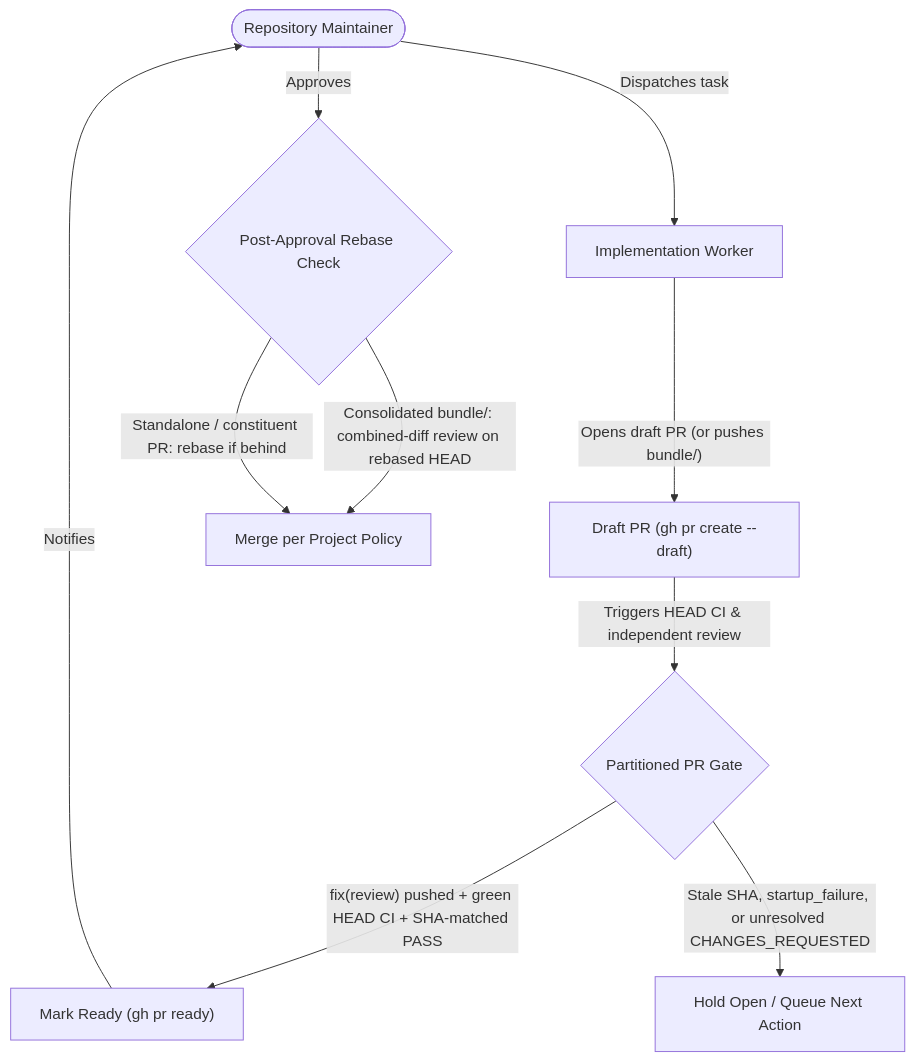
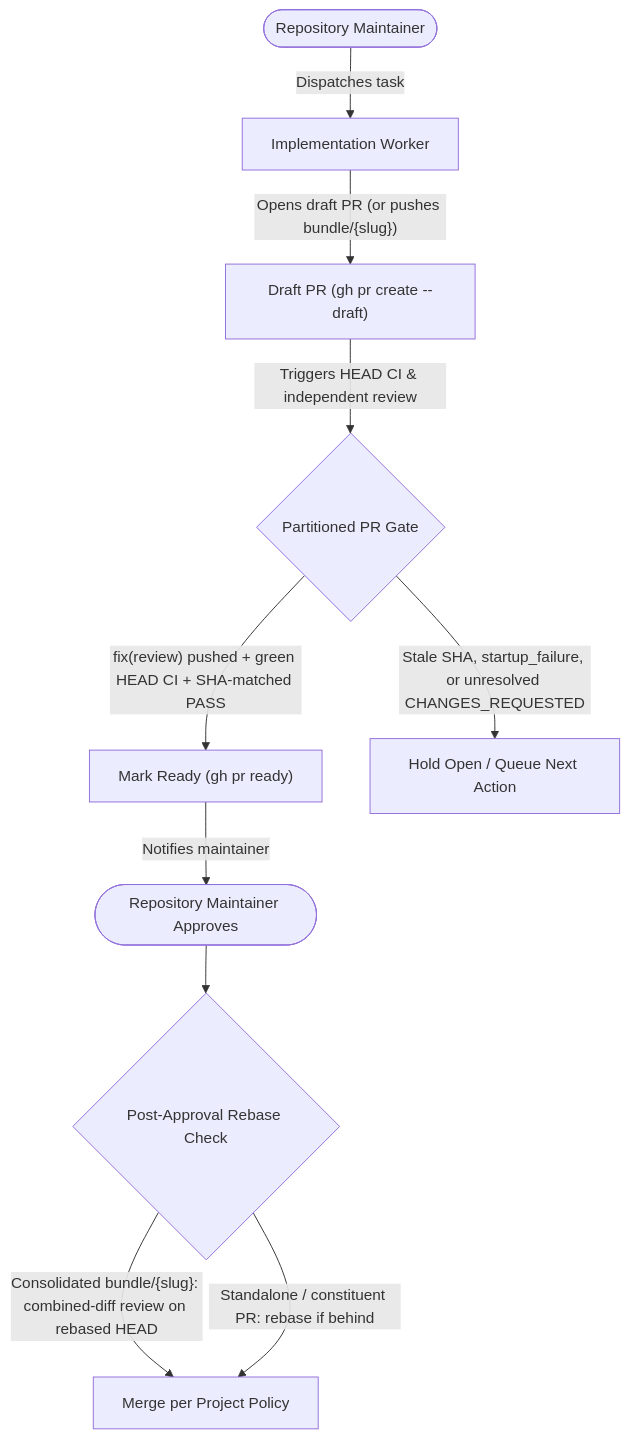
One commit to nicsuzor/academicOps changed the diagram in specs/workflows/pr-lifecycle.md. Above: the diagram before and after it, drawn with Mermaid. The commit also changed 11 other files, not shown here.

````diff
--- a/specs/workflows/pr-lifecycle.md
+++ b/specs/workflows/pr-lifecycle.md
@@ -12,12 +12,12 @@
 ```mermaid
 flowchart TD
     User(["Repository Maintainer"]) -->|"Dispatches task"| Worker["Implementation Worker"]
-    Worker -->|"Opens draft PR (or pushes bundle/<slug>)"| GitHub["Draft PR (gh pr create --draft)"]
+    Worker -->|"Opens draft PR (or pushes bundle/{slug})"| GitHub["Draft PR (gh pr create --draft)"]
     GitHub -->|"Triggers HEAD CI & independent review"| Gate{"Partitioned PR Gate"}
     Gate -->|"fix(review) pushed + green HEAD CI + SHA-matched PASS"| Ready["Mark Ready (gh pr ready)"]
     Gate -->|"Stale SHA, startup_failure, or unresolved CHANGES_REQUESTED"| Rework["Hold Open / Queue Next Action"]
-    Ready -->|"Notifies"| User
-    User -->|"Approves"| PostRebase{"Post-Approval Rebase Check"}
-    PostRebase -->|"Consolidated bundle/<slug>: combined-diff review on rebased HEAD"| Merge["Merge per Project Policy"]
+    Ready -->|"Notifies maintainer"| Approve(["Repository Maintainer Approves"])
+    Approve --> PostRebase{"Post-Approval Rebase Check"}
+    PostRebase -->|"Consolidated bundle/{slug}: combined-diff review on rebased HEAD"| Merge["Merge per Project Policy"]
     PostRebase -->|"Standalone / constituent PR: rebase if behind"| Merge
 ```
````
